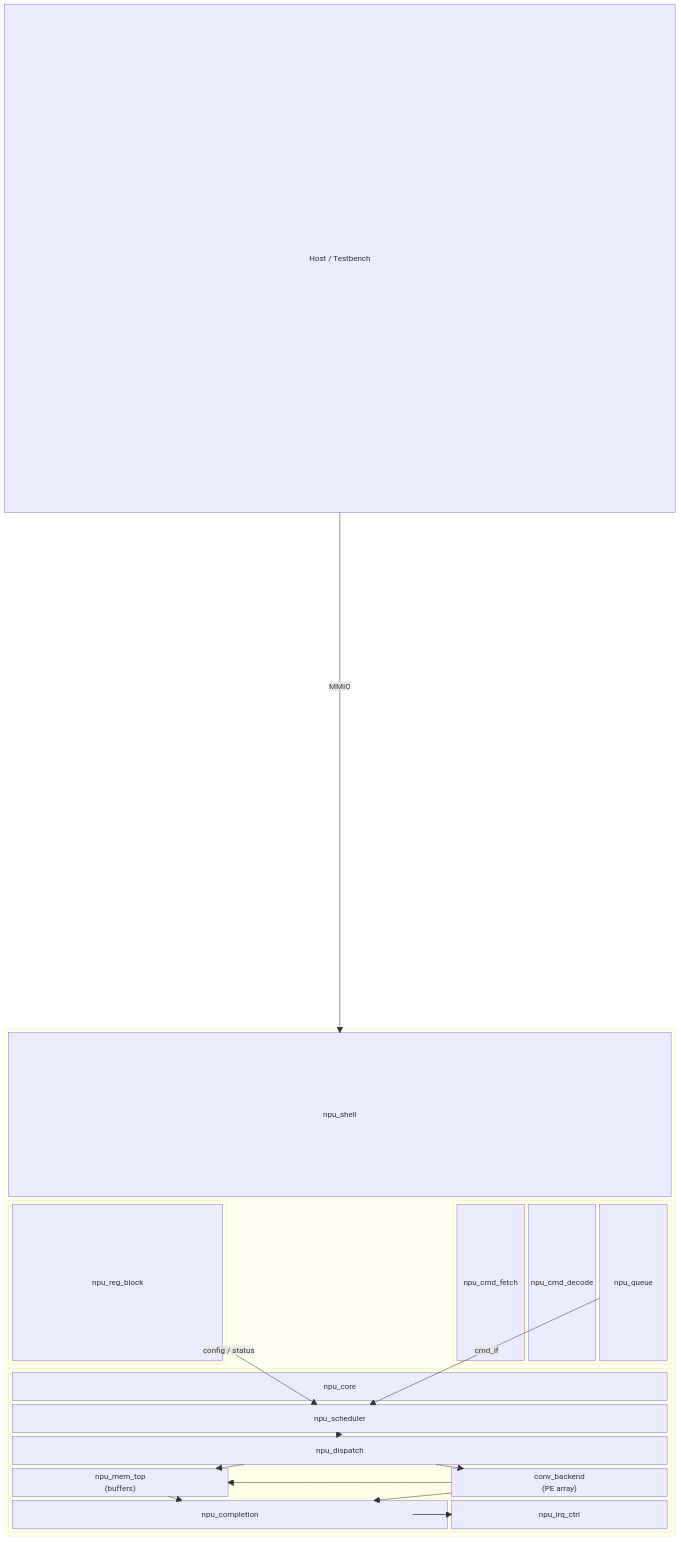
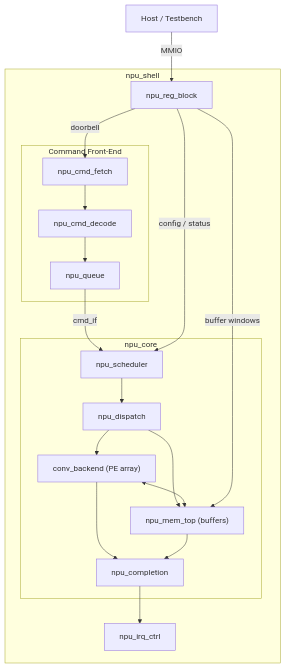
One commit to Arty3/lg-npu changed the diagram in docs/arch/overview.md. Above: the diagram before and after it, drawn with Mermaid. The commit also changed 55 other files, not shown here.

````diff
--- a/docs/arch/overview.md
+++ b/docs/arch/overview.md
@@ -27,42 +27,38 @@
 ```mermaid
-block-beta
-    columns 3
+graph TD
+    Host["Host / Testbench"]
 
-    Host["Host / Testbench"]:3
-    space:3
+    Host -- MMIO --> rb
 
-    block:shell:3
-        columns 3
-        shell_label["npu_shell"]:3
+    subgraph shell [npu_shell]
+        rb["npu_reg_block"]
 
-        block:reg_block
-            rb["npu_reg_block"]
-        end
-        space
-        block:cmd_frontend
-            cf["npu_cmd_fetch"]
-            cd["npu_cmd_decode"]
-            q["npu_queue"]
+        subgraph cmd_fe [Command Front-End]
+            cf["npu_cmd_fetch"] --> cd["npu_cmd_decode"] --> q["npu_queue"]
         end
 
-        block:core:3
-            columns 3
-            core_label["npu_core"]:3
-            sched["npu_scheduler"]:3
-            dispatch["npu_dispatch"]:3
-            mem_top["npu_mem_top\n(buffers)"] space:1 conv["conv_backend\n(PE array)"]
-            completion["npu_completion"]:2 irq["npu_irq_ctrl"]
+        rb -- doorbell --> cf
+
+        subgraph core [npu_core]
+            sched["npu_scheduler"]
+            dispatch["npu_dispatch"]
+            mem_top["npu_mem_top (buffers)"]
+            conv["conv_backend (PE array)"]
+            completion["npu_completion"]
         end
+
+        q -- cmd_if --> sched
+        rb -- "config / status" --> sched
+        sched --> dispatch
+        dispatch --> mem_top
+        dispatch --> conv
+        conv <--> mem_top
+        conv --> completion
+        mem_top --> completion
+
+        irq["npu_irq_ctrl"]
+        completion --> irq
     end
 
-    Host -- "MMIO" --> shell_label
-    rb -- "config / status" --> sched
-    q -- "cmd_if" --> sched
-    sched --> dispatch
-    dispatch --> mem_top
-    dispatch --> conv
-    conv --> mem_top
-    mem_top --> completion
-    conv --> completion
-    completion --> irq
+    rb -- "buffer windows" --> mem_top
 ```
````
